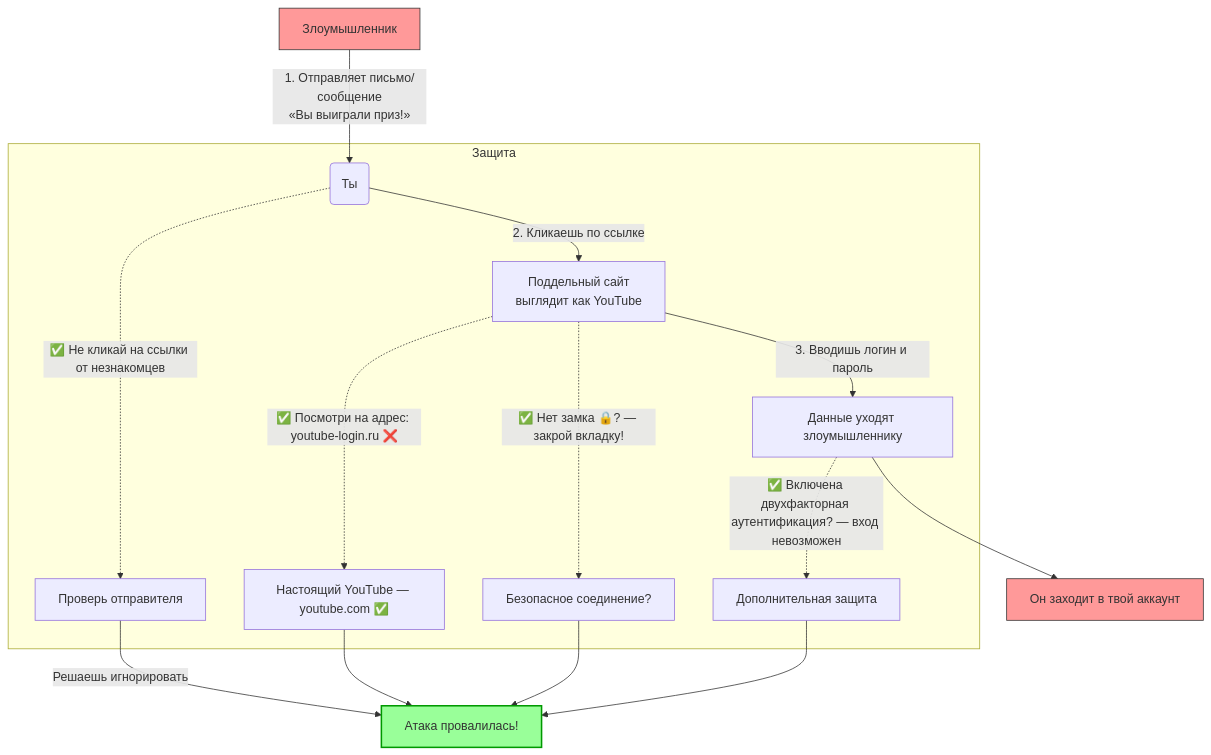
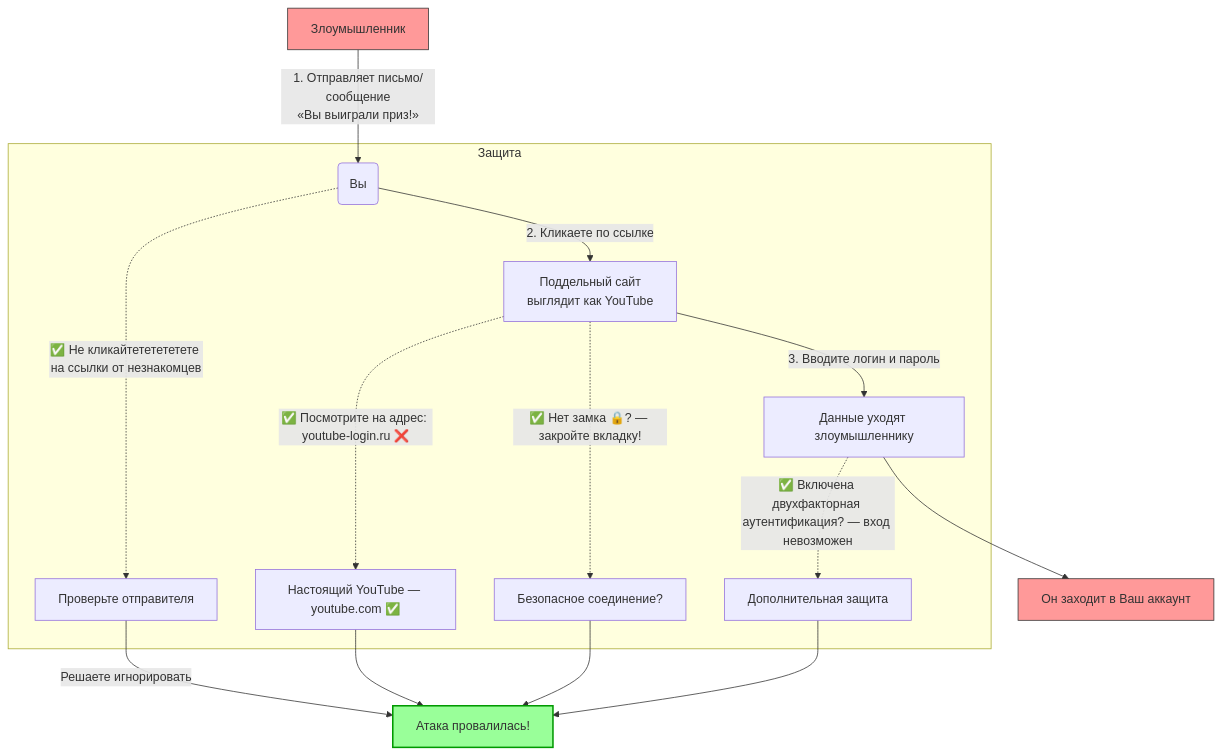
The first of 2 diagrams in docs/encyclopedia/9-spinoff/9-11-dlya-detey/1-computer/13.md (Spirzen/it-knowledge-base), drawn with Mermaid before and after one commit. The commit also changed other lines of this file and 1180 other files, not shown here.

````diff
--- a/docs/encyclopedia/9-spinoff/9-11-dlya-detey/1-computer/13.md
+++ b/docs/encyclopedia/9-spinoff/9-11-dlya-detey/1-computer/13.md
@@ -177,24 +177,24 @@
 ```mermaid
 flowchart TD
-    A[Злоумышленник] -->|1. Отправляет письмо/сообщение\n«Вы выиграли приз!»| B(Ты)
-    B -->|2. Кликаешь по ссылке| C[Поддельный сайт\nвыглядит как YouTube]
-    C -->|3. Вводишь логин и пароль| D[Данные уходят злоумышленнику]
-    D --> E[Он заходит в твой аккаунт]
+    A[Злоумышленник] -->|1. Отправляет письмо/сообщение\n«Вы выиграли приз!»| B(Вы)
+    B -->|2. Кликаете по ссылке| C[Поддельный сайт\nвыглядит как YouTube]
+    C -->|3. Вводите логин и пароль| D[Данные уходят злоумышленнику]
+    D --> E[Он заходит в Ваш аккаунт]
 
     style A fill:#f99,stroke:#333
     style E fill:#f99,stroke:#333
 
     subgraph Защита
-        B -.->|✅ Не кликай на ссылки от незнакомцев| F[Проверь отправителя]
-        C -.->|✅ Посмотри на адрес: youtube-login.ru ❌| G[Настоящий YouTube — youtube.com ✅]
-        C -.->|✅ Нет замка 🔒? — закрой вкладку!| H[Безопасное соединение?]
+        B -.->|✅ Не кликайтететететете на ссылки от незнакомцев| F[Проверьте отправителя]
+        C -.->|✅ Посмотрите на адрес: youtube-login.ru ❌| G[Настоящий YouTube — youtube.com ✅]
+        C -.->|✅ Нет замка 🔒? — закройте вкладку!| H[Безопасное соединение?]
         D -.->|✅ Включена двухфакторная аутентификация? — вход невозможен| I[Дополнительная защита]
     end
 
-    F -->|Решаешь игнорировать| Z[Атака провалилась!]
+    F -->|Решаете игнорировать| Z[Атака провалилась!]
     G --> Z
     H --> Z
     I --> Z
 
     style Z fill:#9f9,stroke:#090,stroke-width:2px
 ```
````
